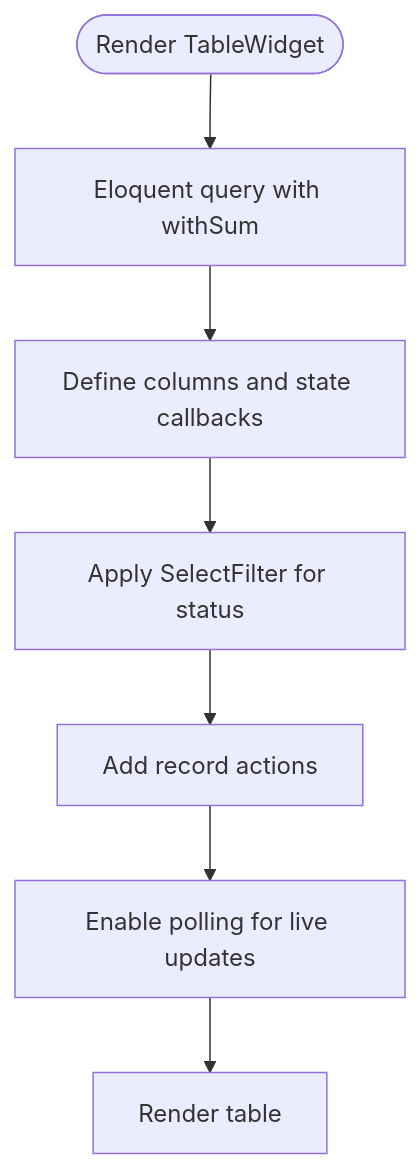
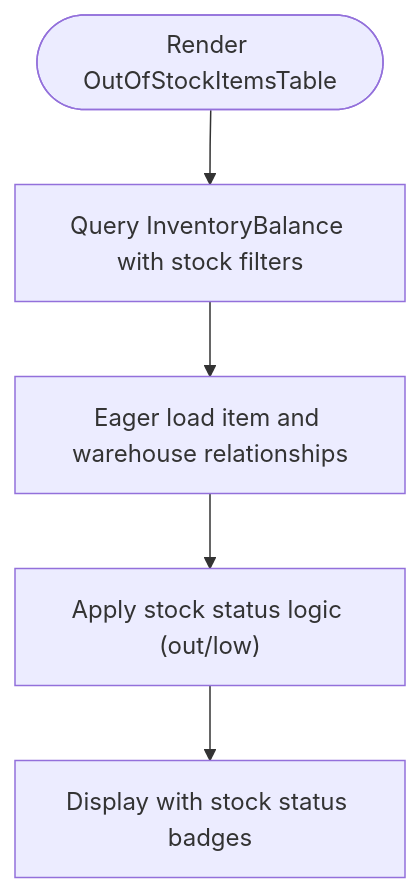
One commit to Dikksap/laravel_RsvHelmet changed the third of 7 diagrams in .qoder/repowiki/en/content/Filament Admin Panel/Dashboard Widgets.md. Above: the diagram before and after it, drawn with Mermaid. The commit also changed other lines of this file and 13 other files, not shown here.

````diff
--- a/.qoder/repowiki/en/content/Filament Admin Panel/Dashboard Widgets.md
+++ b/.qoder/repowiki/en/content/Filament Admin Panel/Dashboard Widgets.md
@@ -239,9 +149,7 @@
 ```mermaid
 flowchart TD
-Start(["Render TableWidget"]) --> Query["Eloquent query with withSum"]
-Query --> Columns["Define columns and state callbacks"]
-Columns --> Filters["Apply SelectFilter for status"]
-Filters --> Actions["Add record actions"]
-Actions --> Poll["Enable polling for live updates"]
-Poll --> Render["Render table"]
+Start(["Render OutOfStockItemsTable"]) --> Query["Query InventoryBalance with stock filters"]
+Query --> Load["Eager load item and warehouse relationships"]
+Load --> Filter["Apply stock status logic (out/low)"]
+Filter --> Display["Display with stock status badges"]
 ```
````
